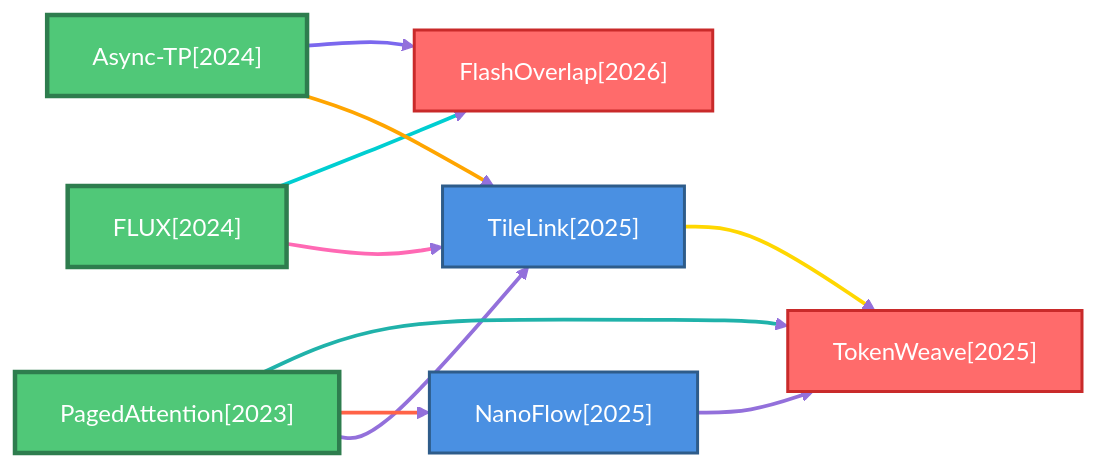
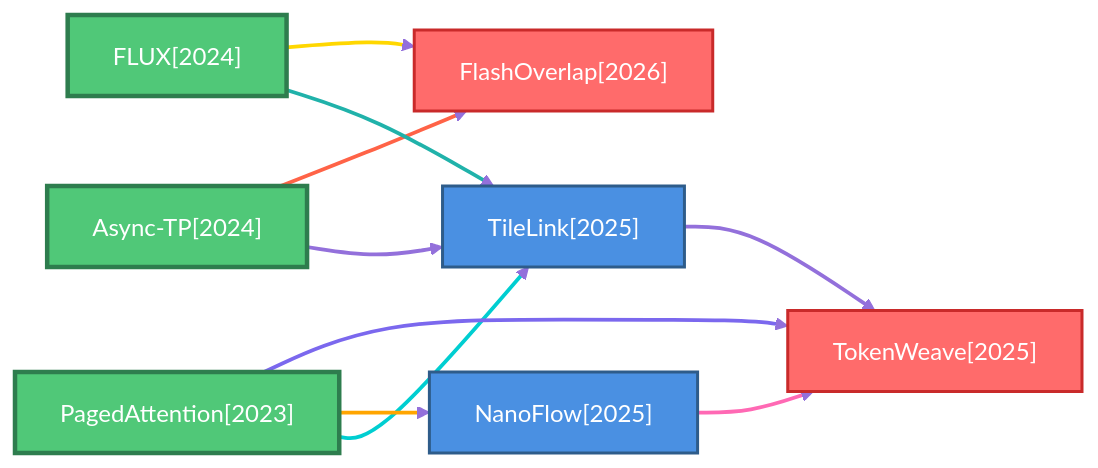
One commit to hustzxd/EfficientPaper changed the first of 6 diagrams in docs/baseline_methods_graph.md. Above: the diagram before and after it, drawn with Mermaid (forest theme). The commit also changed other lines of this file and 38 other files, not shown here.

````diff
--- a/docs/baseline_methods_graph.md
+++ b/docs/baseline_methods_graph.md
@@ -11,41 +11,41 @@
 ```mermaid
 flowchart LR
     classDef defaultNode fill:#4A90E2,stroke:#2E5C8A,stroke-width:2px,color:#fff
     classDef rootNode fill:#50C878,stroke:#2E7D4E,stroke-width:3px,color:#fff
     classDef leafNode fill:#FF6B6B,stroke:#C92A2A,stroke-width:2px,color:#fff
     linkStyle default stroke:#9370DB,stroke-width:2px
 
+    2024_Async_TP["Async-TP[2024]"]
+    class 2024_Async_TP rootNode
+    2024_FLUX["FLUX[2024]"]
+    class 2024_FLUX rootNode
+    2025_NanoFlow["NanoFlow[2025]"]
+    class 2025_NanoFlow defaultNode
     2023_PagedAttention["PagedAttention[2023]"]
     class 2023_PagedAttention rootNode
-    2025_TileLink["TileLink[2025]"]
-    class 2025_TileLink defaultNode
     2026_FlashOverlap["FlashOverlap[2026]"]
     class 2026_FlashOverlap leafNode
     2025_TokenWeave["TokenWeave[2025]"]
     class 2025_TokenWeave leafNode
-    2024_FLUX["FLUX[2024]"]
-    class 2024_FLUX rootNode
-    2024_Async_TP["Async-TP[2024]"]
-    class 2024_Async_TP rootNode
-    2025_NanoFlow["NanoFlow[2025]"]
-    class 2025_NanoFlow defaultNode
+    2025_TileLink["TileLink[2025]"]
+    class 2025_TileLink defaultNode
 
+    2024_Async_TP ==>|" "| 2025_TileLink
+    linkStyle 0 stroke:#9370DB,stroke-width:2.5px
+    2024_Async_TP ==>|" "| 2026_FlashOverlap
+    linkStyle 1 stroke:#FF6347,stroke-width:2.5px
+    2024_FLUX ==>|" "| 2025_TileLink
+    linkStyle 2 stroke:#20B2AA,stroke-width:2.5px
+    2024_FLUX ==>|" "| 2026_FlashOverlap
+    linkStyle 3 stroke:#FFD700,stroke-width:2.5px
+    2025_NanoFlow ==>|" "| 2025_TokenWeave
+    linkStyle 4 stroke:#FF69B4,stroke-width:2.5px
     2023_PagedAttention ==>|" "| 2025_TileLink
-    linkStyle 0 stroke:#9370DB,stroke-width:2.5px
+    linkStyle 5 stroke:#00CED1,stroke-width:2.5px
     2023_PagedAttention ==>|" "| 2025_NanoFlow
-    linkStyle 1 stroke:#FF6347,stroke-width:2.5px
+    linkStyle 6 stroke:#FFA500,stroke-width:2.5px
     2023_PagedAttention ==>|" "| 2025_TokenWeave
-    linkStyle 2 stroke:#20B2AA,stroke-width:2.5px
+    linkStyle 7 stroke:#7B68EE,stroke-width:2.5px
     2025_TileLink ==>|" "| 2025_TokenWeave
-    linkStyle 3 stroke:#FFD700,stroke-width:2.5px
-    2024_FLUX ==>|" "| 2025_TileLink
-    linkStyle 4 stroke:#FF69B4,stroke-width:2.5px
-    2024_FLUX ==>|" "| 2026_FlashOverlap
-    linkStyle 5 stroke:#00CED1,stroke-width:2.5px
-    2024_Async_TP ==>|" "| 2025_TileLink
-    linkStyle 6 stroke:#FFA500,stroke-width:2.5px
-    2024_Async_TP ==>|" "| 2026_FlashOverlap
-    linkStyle 7 stroke:#7B68EE,stroke-width:2.5px
-    2025_NanoFlow ==>|" "| 2025_TokenWeave
     linkStyle 8 stroke:#9370DB,stroke-width:2.5px
 ```
````
